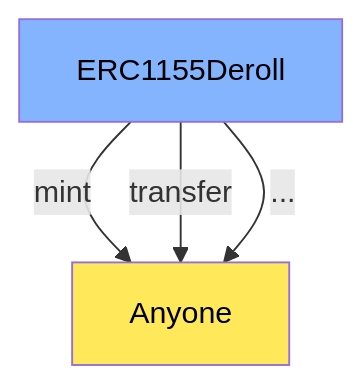
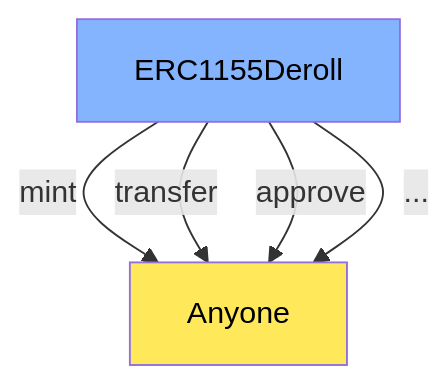
One commit to Mugen-Builders/echo-plus-deroll changed the fifth of 5 diagrams in contracts/README.md. Above: the diagram before and after it, drawn with Mermaid. The commit also changed other lines of this file and 3 other files, not shown here.

````diff
--- a/contracts/README.md
+++ b/contracts/README.md
@@ -85,12 +95,13 @@
 ```mermaid
 graph TD
     classDef core fill:#ffe95a,color:#000
     classDef external fill:#85b4ff,color:#000
 
     Anyone:::core
     ERC1155Deroll:::external
 
     ERC1155Deroll -- mint --> Anyone
     ERC1155Deroll -- transfer --> Anyone
+    ERC1155Deroll -- approve --> Anyone
     ERC1155Deroll -- ... --> Anyone
 ```
````
